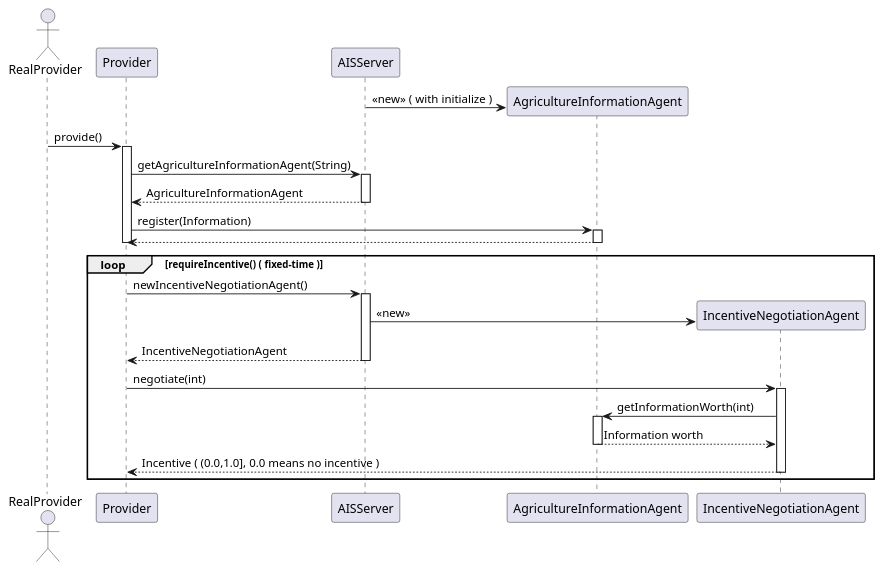
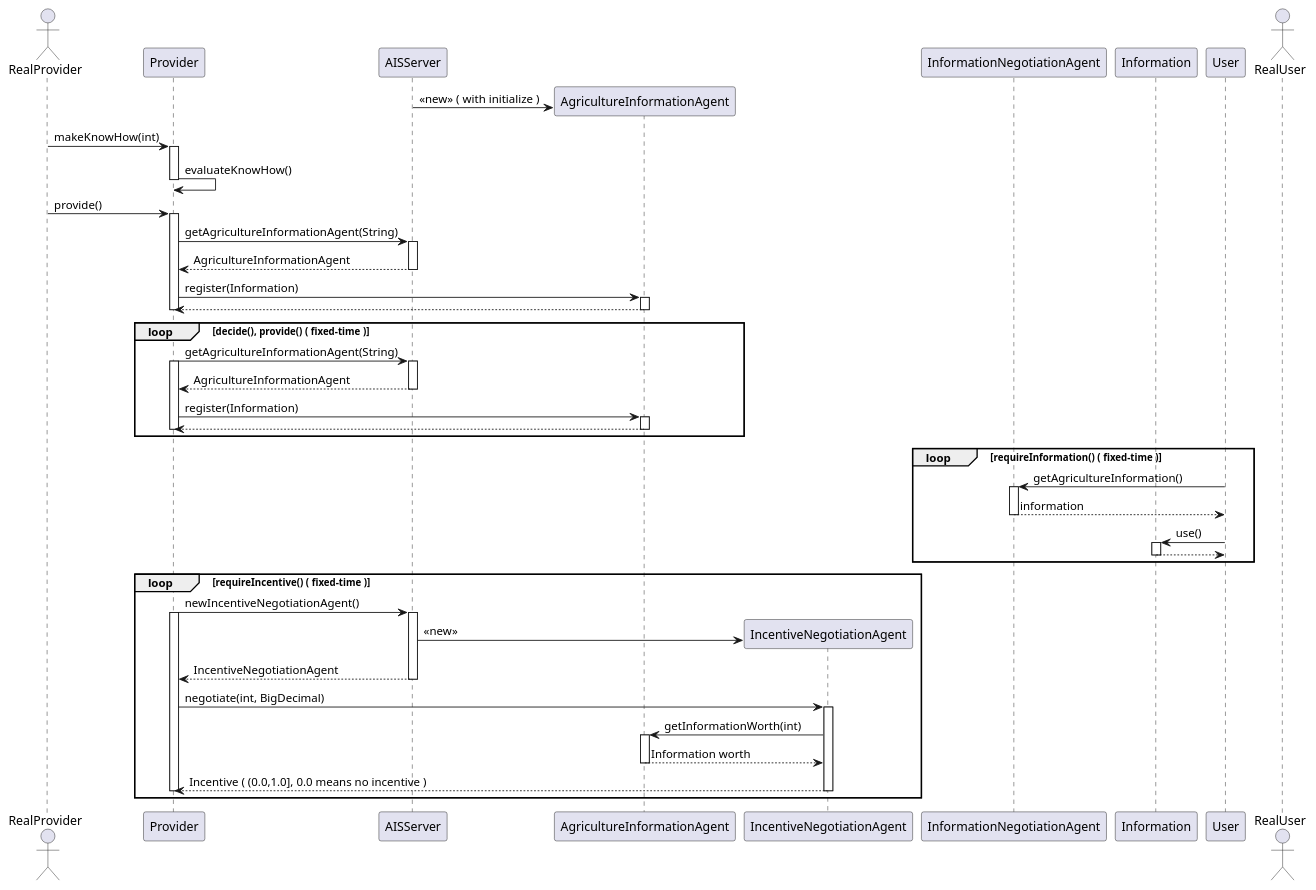
One commit to 1200627/AgriInfoSharing changed the diagram in src/aisSequenceFigure.puml. Above: the diagram before and after it, drawn with PlantUML. The commit also changed 61 other files, not shown here.

```diff
--- a/src/aisSequenceFigure.puml
+++ b/src/aisSequenceFigure.puml
@@ -1,41 +1,74 @@
 @startuml
 
 actor RealProvider as RealProvider
 participant Provider as Provider
 participant AISServer as AISS
 participant AgricultureInformationAgent as AIA
 participant IncentiveNegotiationAgent as INA
+participant InformationNegotiationAgent as InfNA
+participant Information as Inf
+participant User as User
+actor RealUser as RealUser
 
 create AIA
 AISS -> AIA : << new >> ( with initialize )
+RealProvider -> Provider : makeKnowHow(int)
+activate Provider
+Provider -> Provider : evaluateKnowHow()
+deactivate Provider
 RealProvider -> Provider : provide()
 activate Provider
 Provider -> AISS : getAgricultureInformationAgent(String)
 activate AISS
 Provider <-- AISS : AgricultureInformationAgent
 deactivate AISS
 Provider -> AIA : register(Information)
 activate AIA
 Provider <-- AIA
 deactivate AIA
 deactivate Provider
 
+loop decide(), provide() ( fixed-time )
+    Provider -> AISS : getAgricultureInformationAgent(String)
+    activate Provider
+    activate AISS
+    Provider <-- AISS : AgricultureInformationAgent
+    deactivate AISS
+    Provider -> AIA : register(Information)
+    activate AIA
+    Provider <-- AIA
+    deactivate AIA
+    deactivate Provider
+end
+
+loop requireInformation() ( fixed-time )
+    InfNA <- User : getAgricultureInformation()
+    activate InfNA
+    InfNA --> User : information
+    deactivate InfNA
+    Inf <- User : use()
+    activate Inf
+    Inf --> User
+    deactivate Inf
+end
+
 loop requireIncentive() ( fixed-time )
     Provider -> AISS : newIncentiveNegotiationAgent()
+    activate Provider
     activate AISS
     create INA
     AISS -> INA : << new >>
     Provider <-- AISS : IncentiveNegotiationAgent
     deactivate AISS
-    Provider -> INA : negotiate(int)
+    Provider -> INA : negotiate(int, BigDecimal)
     activate INA
     AIA <- INA : getInformationWorth(int)
     activate AIA
     AIA --> INA : Information worth
     deactivate AIA
     Provider <-- INA : Incentive ( (0.0,1.0], 0.0 means no incentive )
     deactivate INA
     deactivate Provider
 end
 
 @enduml
```
